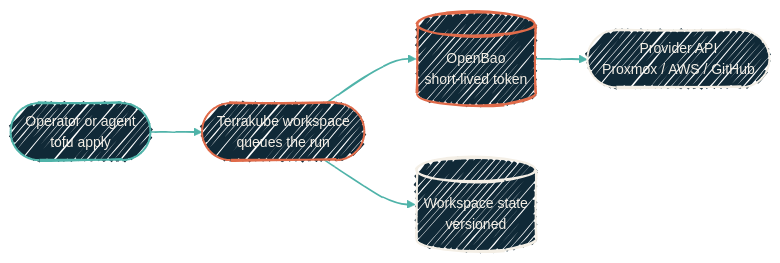
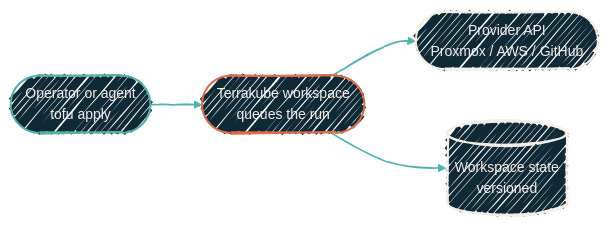
The diagram in infrastructure/applying-via-terrakube.mdx (dryvist/docs), drawn with Mermaid before and after one commit. The commit also changed other lines of this file and 63 other files, not shown here.

````diff
--- a/infrastructure/applying-via-terrakube.mdx
+++ b/infrastructure/applying-via-terrakube.mdx
@@ -14,25 +13,23 @@
 ```mermaid
 %%{init:
   {'theme':'base','look':'handDrawn','themeVariables':{'fontFamily':'Geist','fontSize':'14px','primaryColor':'#102937','primaryTextColor':'#F4EFE6','primaryBorderColor':'#4FB3A9','lineColor':'#4FB3A9','secondaryColor':'#0B1D2A','tertiaryColor':'#1A2A38','clusterBkg':'rgba(79,179,169,0.08)','clusterBorder':'#4FB3A9'}}}%%
 flowchart LR
   Op([Operator or agent<br/>tofu apply])
   TK([Terrakube workspace<br/>queues the run])
-  Bao[(OpenBao<br/>short-lived token)]
   Prov([Provider API<br/>Proxmox / AWS / GitHub])
   State[(Workspace state<br/>versioned)]
 
   Op --> TK
-  TK --> Bao
-  Bao --> Prov
+  TK --> Prov
   TK --> State
 
   classDef actor    fill:#102937,stroke:#4FB3A9,stroke-width:2px,color:#F4EFE6;
   classDef control   fill:#102937,stroke:#E06B4A,stroke-width:2px,color:#F4EFE6;
   classDef store     fill:#102937,stroke:#F4EFE6,stroke-width:2px,color:#F4EFE6;
 
   class Op actor
-  class TK,Bao control
+  class TK control
   class Prov,State store
 
   linkStyle default stroke:#4FB3A9,stroke-width:1.5px;
 ```
````
